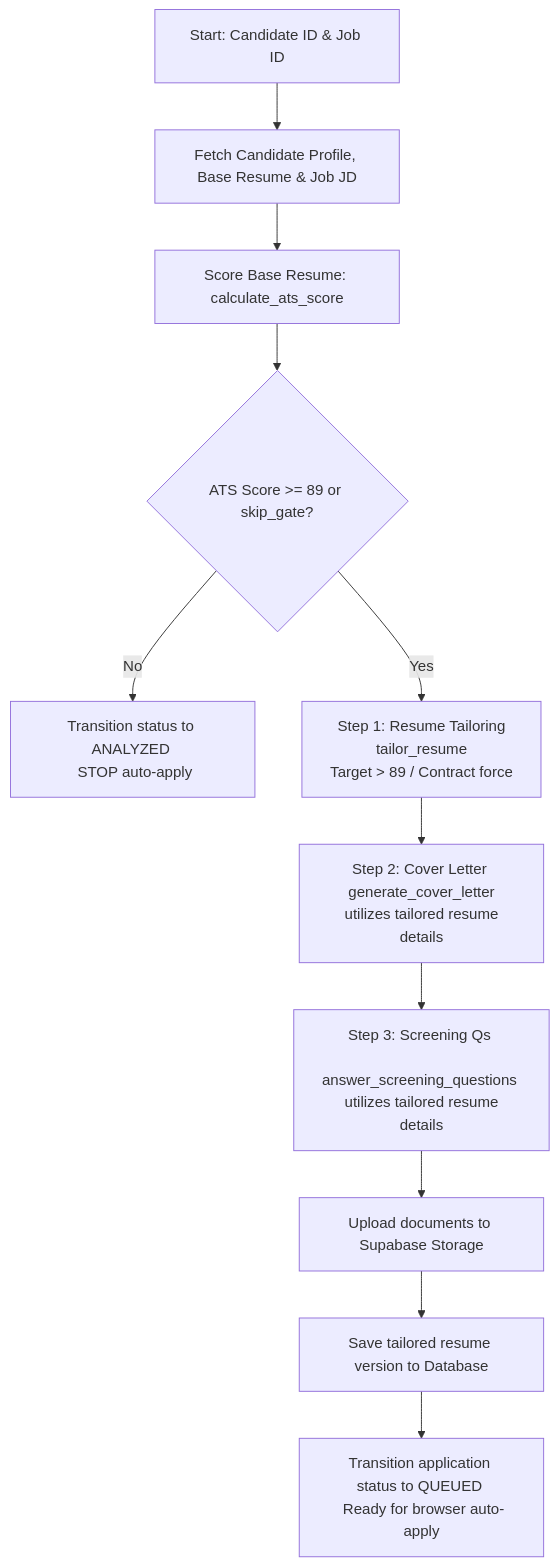
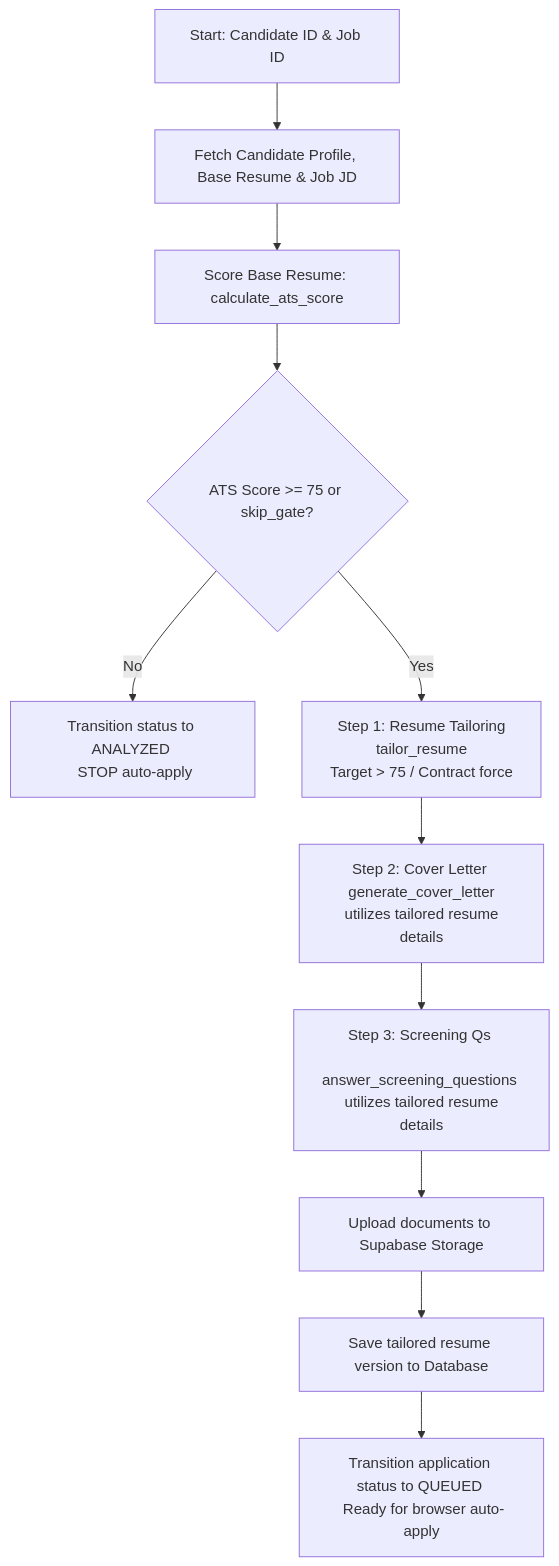
The diagram in MODULE3_CHANGES.md (DrRoot001/BD-Automation), drawn with Mermaid before and after one commit. The commit also changed other lines of this file and 4 other files, not shown here.

Commit message:
feat: update gate threshold limit and tailoring ATS threshold to 75.0

````diff
--- a/MODULE3_CHANGES.md
+++ b/MODULE3_CHANGES.md
@@ -9,15 +9,15 @@
 ```mermaid
 graph TD
     A[Start: Candidate ID & Job ID] --> B[Fetch Candidate Profile, Base Resume & Job JD]
     B --> C[Score Base Resume: calculate_ats_score]
-    C --> D{ATS Score >= 89 or skip_gate?}
+    C --> D{ATS Score >= 75 or skip_gate?}
     D -- No --> E[Transition status to ANALYZED <br> STOP auto-apply]
     
-    D -- Yes --> F[Step 1: Resume Tailoring <br> tailor_resume <br> Target > 89 / Contract force]
+    D -- Yes --> F[Step 1: Resume Tailoring <br> tailor_resume <br> Target > 75 / Contract force]
     F --> G[Step 2: Cover Letter <br> generate_cover_letter <br> utilizes tailored resume details]
     G --> H[Step 3: Screening Qs <br> answer_screening_questions <br> utilizes tailored resume details]
     
     H --> I[Upload documents to Supabase Storage]
     I --> J[Save tailored resume version to Database]
     J --> K[Transition application status to QUEUED <br> Ready for browser auto-apply]
 ```
````
